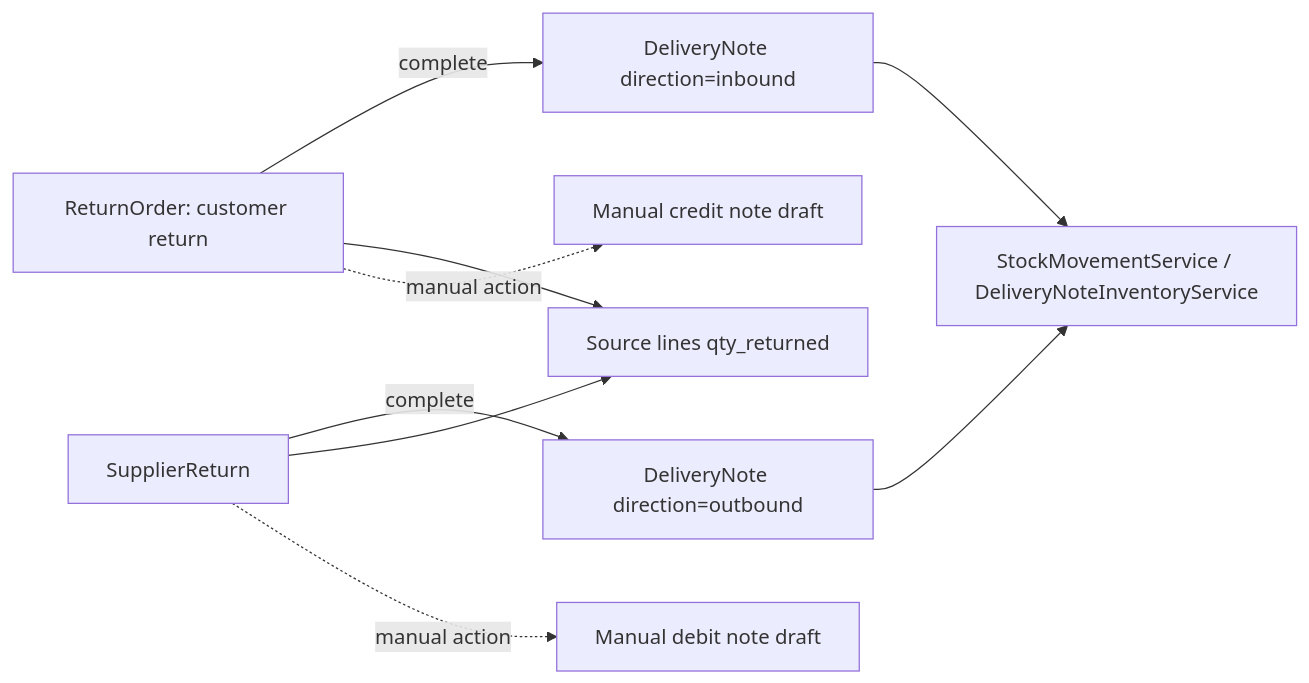
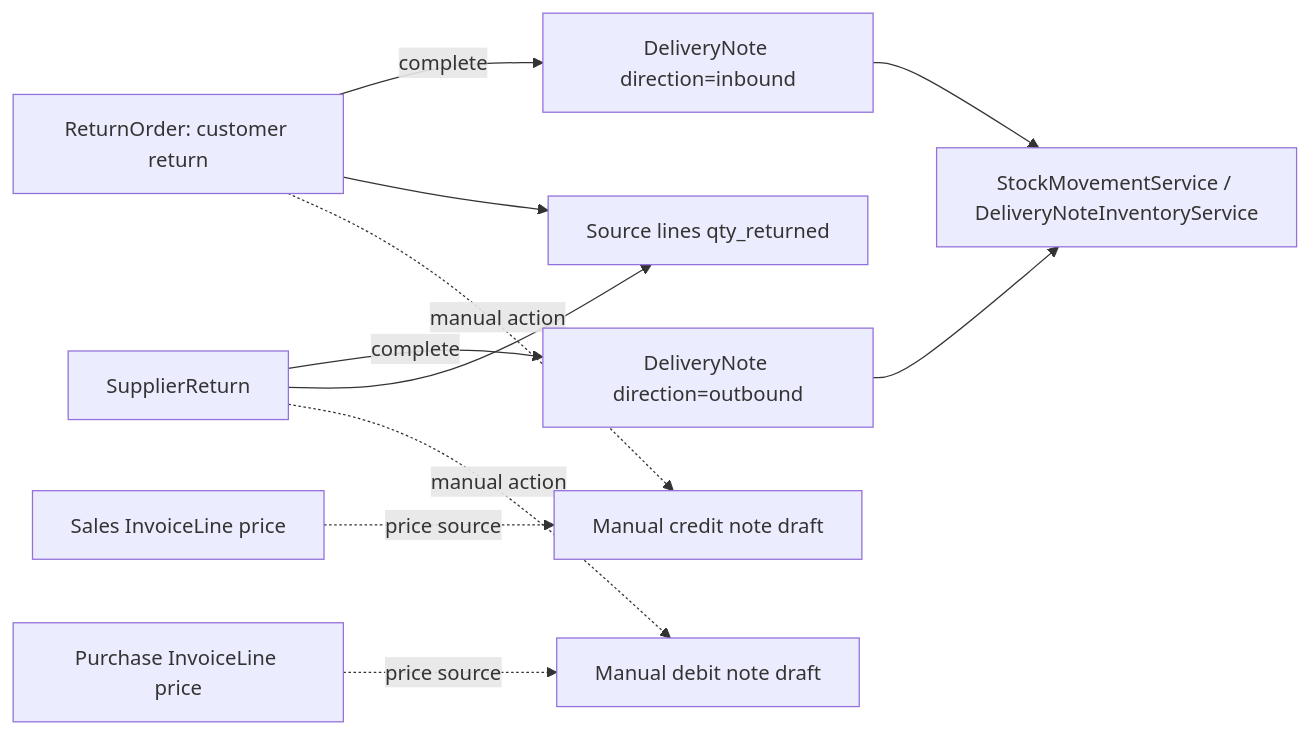
One commit to swolley/laraplate-erp changed the tenth of 12 diagrams in docs/rag/MODULE.md. Above: the diagram before and after it, drawn with Mermaid. The commit also changed other lines of this file and 20 other files, not shown here.

````diff
--- a/docs/rag/MODULE.md
+++ b/docs/rag/MODULE.md
@@ -517,20 +522,24 @@
 ```mermaid
 flowchart LR
   CRO["ReturnOrder: customer return"]
   SRO["SupplierReturn"]
   InDDT["DeliveryNote direction=inbound"]
   OutDDT["DeliveryNote direction=outbound"]
   Stock["StockMovementService / DeliveryNoteInventoryService"]
   SourceQty["Source lines qty_returned"]
+  SalesInvLine["Sales InvoiceLine price"]
+  PurchaseInvLine["Purchase InvoiceLine price"]
   CN["Manual credit note draft"]
   DN["Manual debit note draft"]
 
   CRO -->|"complete"| InDDT
   SRO -->|"complete"| OutDDT
   InDDT --> Stock
   OutDDT --> Stock
   CRO --> SourceQty
   SRO --> SourceQty
+  SalesInvLine -.->|"price source"| CN
+  PurchaseInvLine -.->|"price source"| DN
   CRO -.->|"manual action"| CN
   SRO -.->|"manual action"| DN
 ```
````
